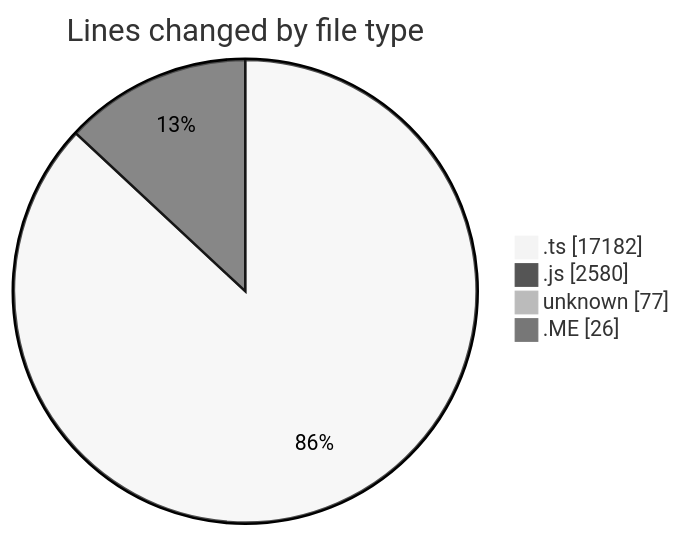
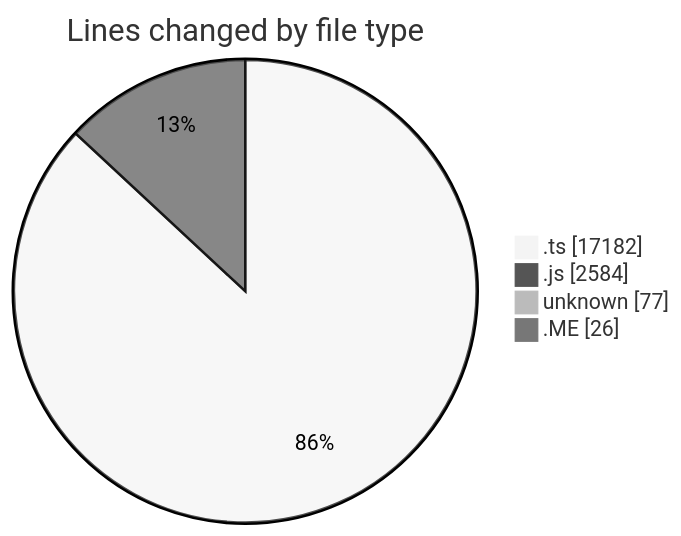
The first of 2 diagrams in 2026-02-03/cda/README.md (momahboobian/code-tracking), drawn with Mermaid (neutral theme) before and after one commit. The commit also changed other lines of this file and 1 other file, not shown here.

````diff
--- a/2026-02-03/cda/README.md
+++ b/2026-02-03/cda/README.md
@@ -30,8 +30,8 @@
 ```mermaid
 pie showData
 title Lines changed by file type
 ".ts" : 17182
-".js" : 2580
+".js" : 2584
 "unknown" : 77
 ".ME" : 26
 ```
````
